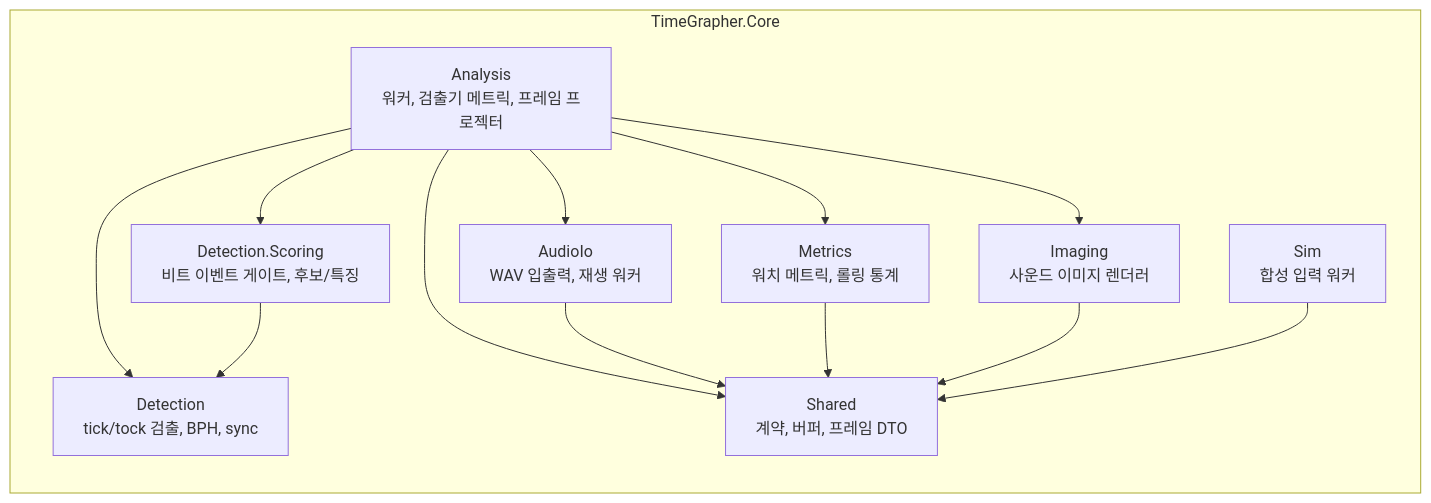
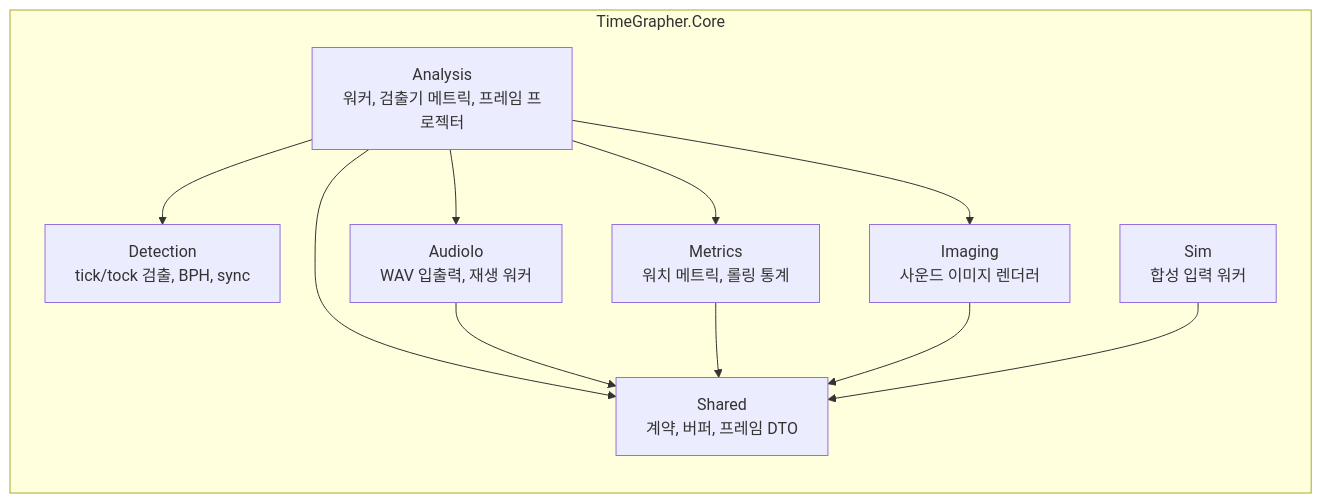
One commit to Jae-hong-5/TimeGrapher-Net changed the third of 3 diagrams in docs/for-ai/MODULE_USES_VIEW.md. Above: the diagram before and after it, drawn with Mermaid. The commit also changed other lines of this file and 4 other files, not shown here.

````diff
--- a/docs/for-ai/MODULE_USES_VIEW.md
+++ b/docs/for-ai/MODULE_USES_VIEW.md
@@ -219,26 +205,23 @@
 ```mermaid
 flowchart TB
     subgraph Core["TimeGrapher.Core"]
         direction TB
         Analysis["Analysis<br/>워커, 검출기 메트릭, 프레임 프로젝터"]
         Detection["Detection<br/>tick/tock 검출, BPH, sync"]
-        Scoring["Detection.Scoring<br/>비트 이벤트 게이트, 후보/특징"]
         Metrics["Metrics<br/>워치 메트릭, 롤링 통계"]
         Imaging["Imaging<br/>사운드 이미지 렌더러"]
         AudioIo["AudioIo<br/>WAV 입출력, 재생 워커"]
         Sim["Sim<br/>합성 입력 워커"]
         Shared["Shared<br/>계약, 버퍼, 프레임 DTO"]
     end
 
     Analysis --> Detection
-    Analysis --> Scoring
-    Scoring --> Detection
     Analysis --> Metrics
     Analysis --> Imaging
     Analysis --> AudioIo
     Analysis --> Shared
     AudioIo --> Shared
     Metrics --> Shared
     Imaging --> Shared
     Sim --> Shared
 ```
````
